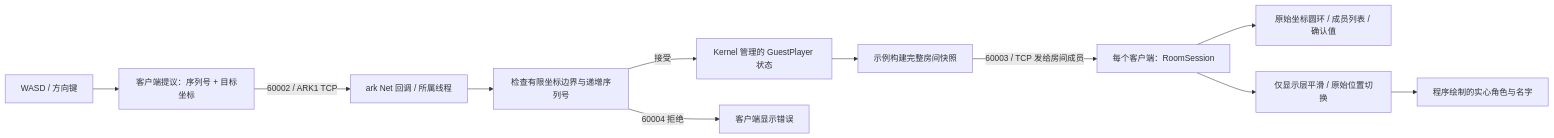
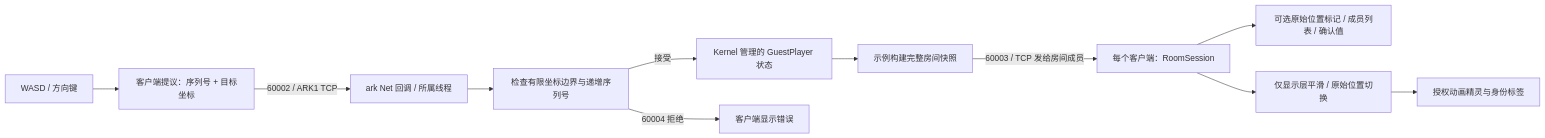
The diagram in docs/data-sync_CN.md (OpenArkStudio/ark-client-godot), drawn with Mermaid before and after one commit. The commit also changed other lines of this file and 35 other files, not shown here.

````diff
--- a/docs/data-sync_CN.md
+++ b/docs/data-sync_CN.md
@@ -7,13 +7,13 @@
 ```mermaid
 flowchart LR
     Input[WASD / 方向键] --> Proposal[客户端提议：序列号 + 目标坐标]
     Proposal -->|60002 / ARK1 TCP| Net[ark Net 回调 / 所属线程]
     Net --> Check[检查有限坐标边界与递增序列号]
     Check -->|接受| Kernel[Kernel 管理的 GuestPlayer 状态]
     Check -->|60004 拒绝| Error[客户端显示错误]
     Kernel --> Snapshot[示例构建完整房间快照]
     Snapshot -->|60003 / TCP 发给房间成员| Room[每个客户端：RoomSession]
-    Room --> Raw[原始坐标圆环 / 成员列表 / 确认值]
+    Room --> Raw[可选原始位置标记 / 成员列表 / 确认值]
     Room --> Display[仅显示层平滑 / 原始位置切换]
-    Display --> Avatar[程序绘制的实心角色与名字]
+    Display --> Avatar[授权动画精灵与身份标签]
 ```
````
